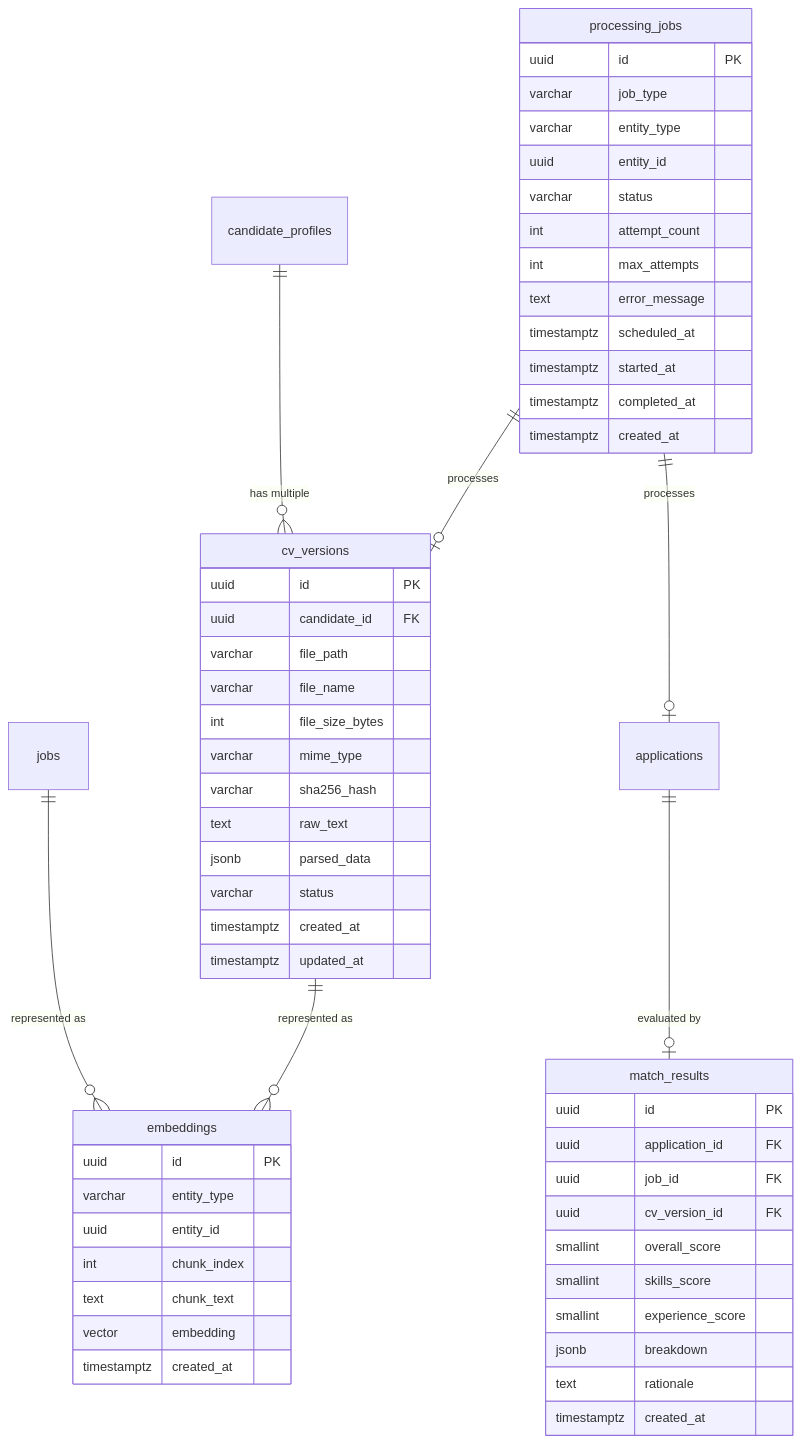
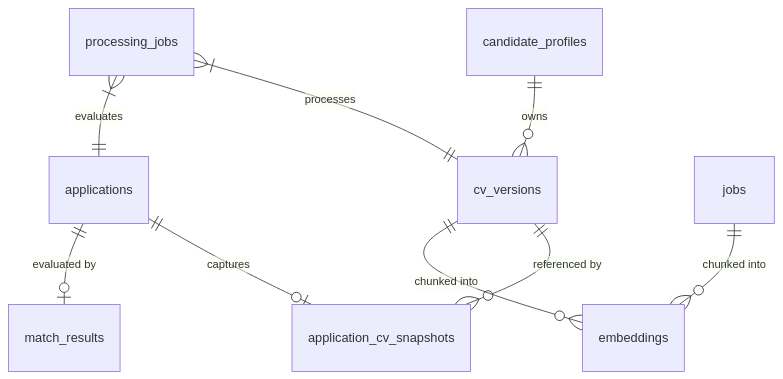
Before and after one commit to vietkhang06/se347_smart_recruitment_platform: the second of 3 diagrams in docs/PHASE3_DESIGN.md, drawn with Mermaid. The commit also changed other lines of this file, not shown here.

Commit message:
docs(phase3): refine Phase 3 design with V1 immutability, V2 team schema, and SHA-256 test provider

````diff
--- a/docs/PHASE3_DESIGN.md
+++ b/docs/PHASE3_DESIGN.md
@@ -253,62 +54,11 @@
 ```mermaid
 erDiagram
-    candidate_profiles ||--o{ cv_versions : "has multiple"
+    candidate_profiles ||--o{ cv_versions : "owns"
+    applications ||--o| application_cv_snapshots : "captures"
+    cv_versions ||--o{ application_cv_snapshots : "referenced by"
+    cv_versions ||--o{ embeddings : "chunked into"
+    jobs ||--o{ embeddings : "chunked into"
     applications ||--o| match_results : "evaluated by"
-    jobs ||--o{ embeddings : "represented as"
-    cv_versions ||--o{ embeddings : "represented as"
-    processing_jobs ||--o| cv_versions : "processes"
-    processing_jobs ||--o| applications : "processes"
-
-    cv_versions {
-        uuid id PK
-        uuid candidate_id FK
-        varchar file_path
-        varchar file_name
-        int file_size_bytes
-        varchar mime_type
-        varchar sha256_hash
-        text raw_text
-        jsonb parsed_data
-        varchar status
-        timestamptz created_at
-        timestamptz updated_at
-    }
-
-    processing_jobs {
-        uuid id PK
-        varchar job_type
-        varchar entity_type
-        uuid entity_id
-        varchar status
-        int attempt_count
-        int max_attempts
-        text error_message
-        timestamptz scheduled_at
-        timestamptz started_at
-        timestamptz completed_at
-        timestamptz created_at
-    }
-
-    embeddings {
-        uuid id PK
-        varchar entity_type
-        uuid entity_id
-        int chunk_index
-        text chunk_text
-        vector embedding
-        timestamptz created_at
-    }
-
-    match_results {
-        uuid id PK
-        uuid application_id FK
-        uuid job_id FK
-        uuid cv_version_id FK
-        smallint overall_score
-        smallint skills_score
-        smallint experience_score
-        jsonb breakdown
-        text rationale
-        timestamptz created_at
-    }
+    processing_jobs }|--|| cv_versions : "processes"
+    processing_jobs }|--|| applications : "evaluates"
 ```
````
